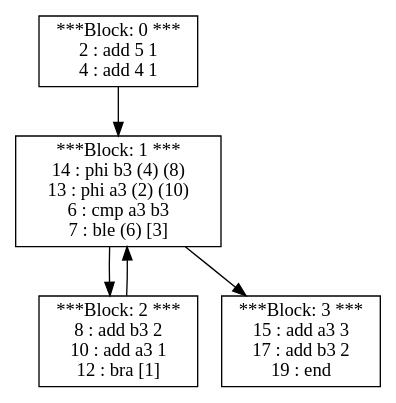
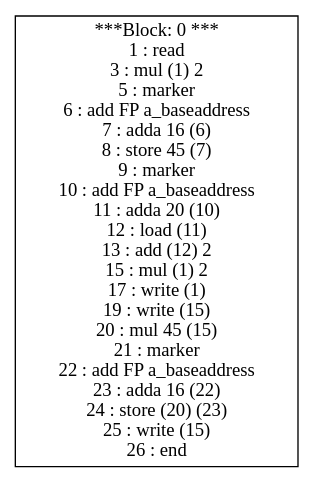
The diagram in src/Display/dotOutput_b4cse.gv (vigneshjathavara/PL241-Compiler), drawn with Graphviz before and after one commit. The commit also changed 22 other files, not shown here.

```diff
--- a/src/Display/dotOutput_b4cse.gv
+++ b/src/Display/dotOutput_b4cse.gv
@@ -1,11 +1,4 @@
 digraph structs {
-0 [shape=record,label="***Block: 0 ***\n2 : add 5 1 \n4 : add 4 1 \n"]
-1 [shape=record,label="***Block: 1 ***\n14 : phi b3 (4) (8) \n13 : phi a3 (2) (10) \n6 : cmp a3 b3 \n7 : ble (6) [3]\n"]
-2 [shape=record,label="***Block: 2 ***\n8 : add b3 2 \n10 : add a3 1 \n12 : bra [1]\n"]
-3 [shape=record,label="***Block: 3 ***\n15 : add a3 3 \n17 : add b3 2 \n19 : end \n"]
-0 -> 1;
-1 -> 2;
-2 -> 1;
-1 -> 3;
+0 [shape=record,label="***Block: 0 ***\n1 : read \n3 : mul (1) 2 \n5 : marker \n6 : add FP a_baseaddress \n7 : adda 16 (6) \n8 : store 45 (7) \n9 : marker \n10 : add FP a_baseaddress \n11 : adda 20 (10) \n12 : load (11) \n13 : add (12) 2 \n15 : mul (1) 2 \n17 : write (1)\n19 : write (15)\n20 : mul 45 (15) \n21 : marker \n22 : add FP a_baseaddress \n23 : adda 16 (22) \n24 : store (20) (23) \n25 : write (15)\n26 : end \n"]
 
 }
```
